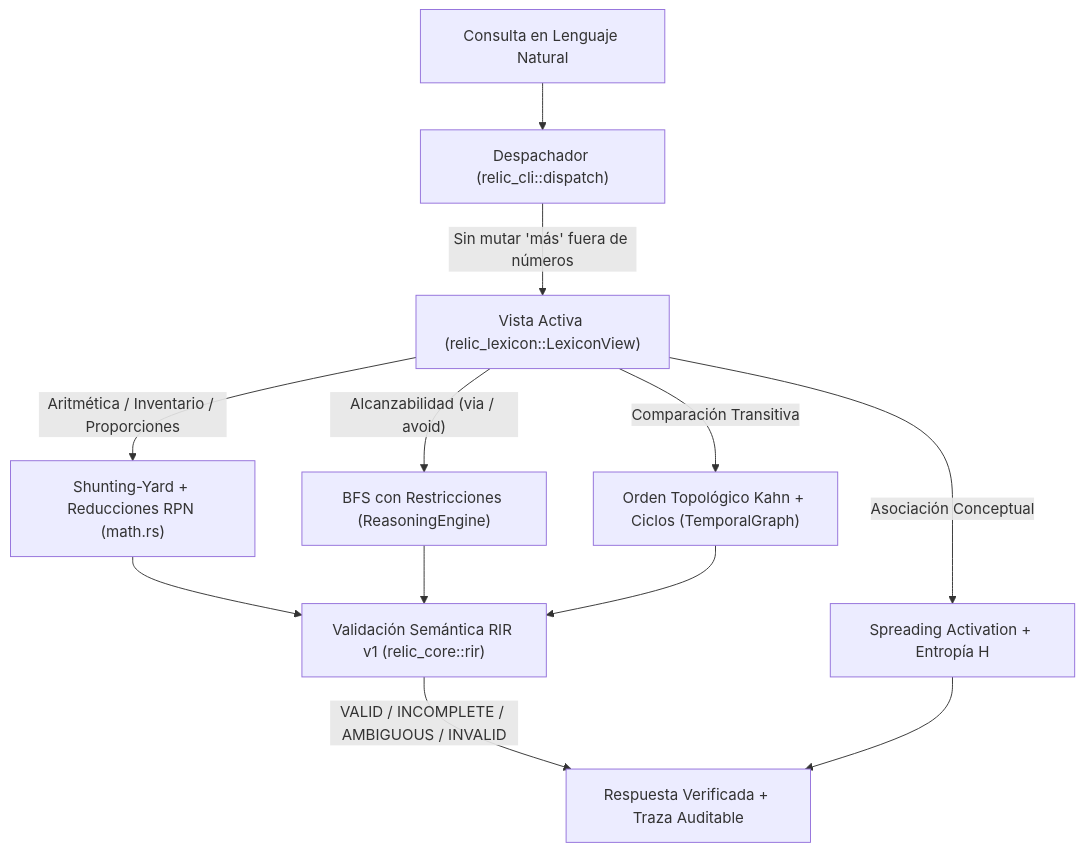
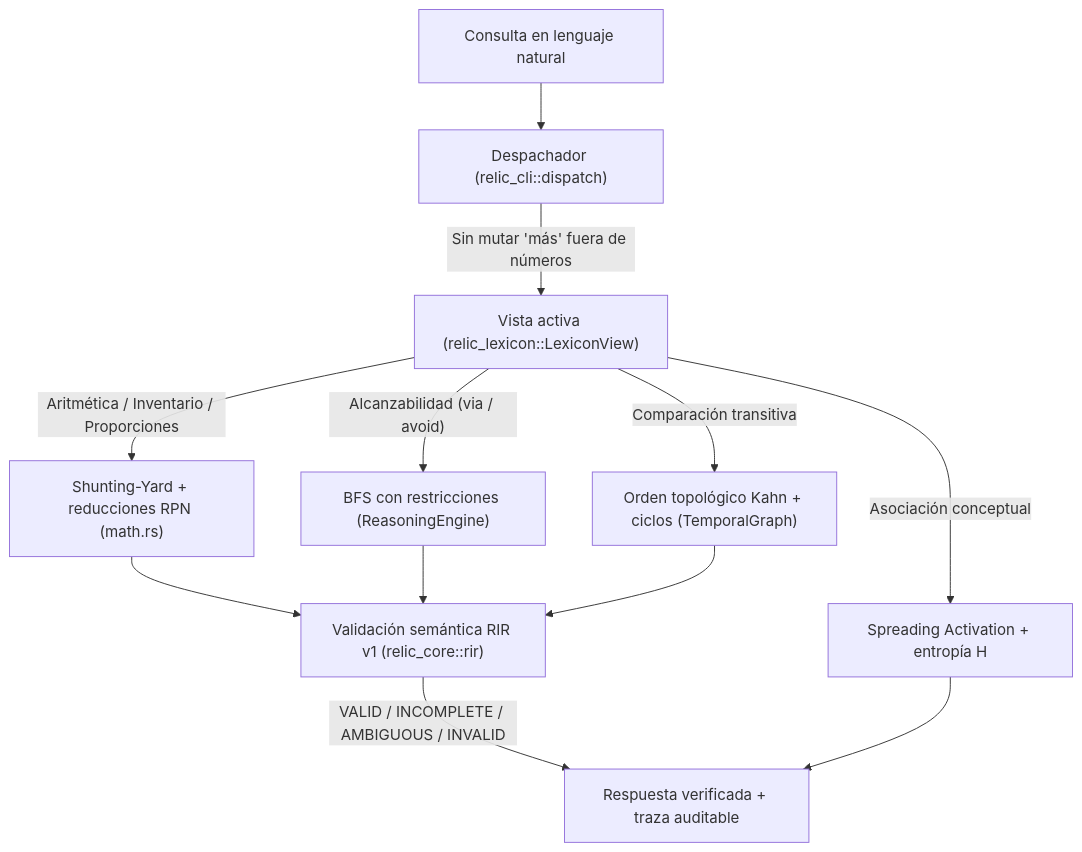
The first of 2 diagrams in README.md (dev-nikolas/RELIC), drawn with Mermaid before and after one commit. The commit also changed other lines of this file, not shown here.

````diff
--- a/README.md
+++ b/README.md
@@ -45,12 +65,12 @@
 ```mermaid
 flowchart TD
-    Q["Consulta en Lenguaje Natural"] --> D["Despachador (relic_cli::dispatch)"]
-    D -->|"Sin mutar 'más' fuera de números"| L["Vista Activa (relic_lexicon::LexiconView)"]
-    L -->|"Aritmética / Inventario / Proporciones"| M["Shunting-Yard + Reducciones RPN (math.rs)"]
-    L -->|"Alcanzabilidad (via / avoid)"| G["BFS con Restricciones (ReasoningEngine)"]
-    L -->|"Comparación Transitiva"| K["Orden Topológico Kahn + Ciclos (TemporalGraph)"]
-    L -->|"Asociación Conceptual"| A["Spreading Activation + Entropía H"]
-    M & G & K --> R["Validación Semántica RIR v1 (relic_core::rir)"]
-    R -->|"VALID / INCOMPLETE / AMBIGUOUS / INVALID"| O["Respuesta Verificada + Traza Auditable"]
+    Q["Consulta en lenguaje natural"] --> D["Despachador (relic_cli::dispatch)"]
+    D -->|"Sin mutar 'más' fuera de números"| L["Vista activa (relic_lexicon::LexiconView)"]
+    L -->|"Aritmética / Inventario / Proporciones"| M["Shunting-Yard + reducciones RPN (math.rs)"]
+    L -->|"Alcanzabilidad (via / avoid)"| G["BFS con restricciones (ReasoningEngine)"]
+    L -->|"Comparación transitiva"| K["Orden topológico Kahn + ciclos (TemporalGraph)"]
+    L -->|"Asociación conceptual"| A["Spreading Activation + entropía H"]
+    M & G & K --> R["Validación semántica RIR v1 (relic_core::rir)"]
+    R -->|"VALID / INCOMPLETE / AMBIGUOUS / INVALID"| O["Respuesta verificada + traza auditable"]
     A --> O
 ```
````
